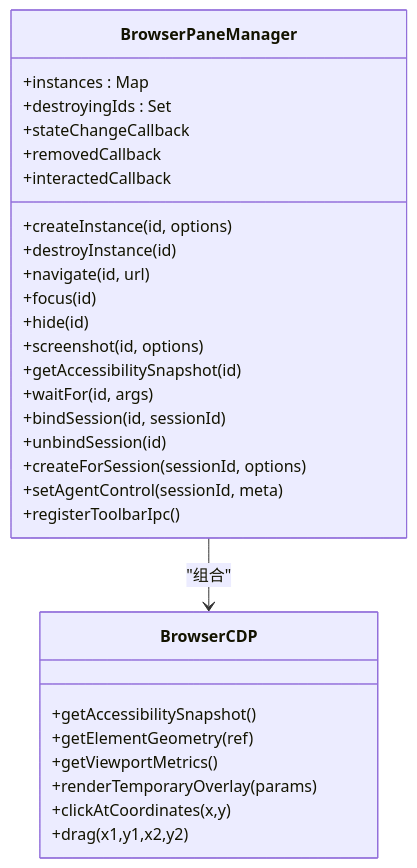
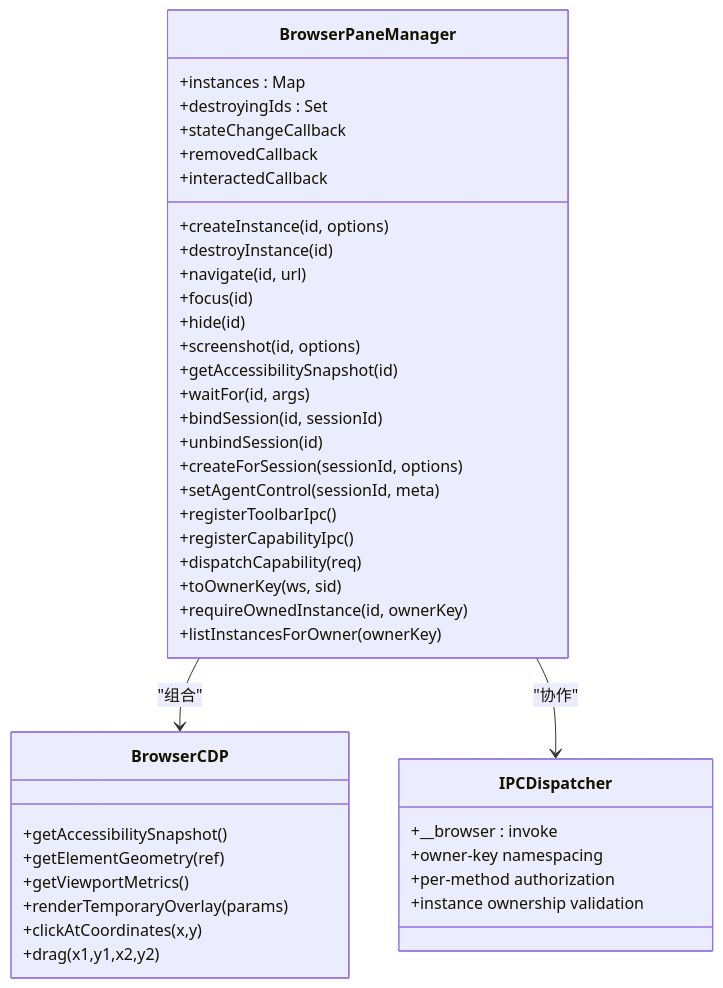
Before and after one commit to haolange/craft-agents-oss: the third of 7 diagrams in .qoder/repowiki/zh/content/桌面应用开发/Electron 主进程开发/窗口管理系统/浏览器窗格管理.md, drawn with Mermaid. The commit also changed other lines of this file and 5 other files, not shown here.

````diff
--- a/.qoder/repowiki/zh/content/桌面应用开发/Electron 主进程开发/窗口管理系统/浏览器窗格管理.md
+++ b/.qoder/repowiki/zh/content/桌面应用开发/Electron 主进程开发/窗口管理系统/浏览器窗格管理.md
@@ -182,32 +237,44 @@
 ```mermaid
 classDiagram
 class BrowserPaneManager {
 +instances : Map
 +destroyingIds : Set
 +stateChangeCallback
 +removedCallback
 +interactedCallback
 +createInstance(id, options)
 +destroyInstance(id)
 +navigate(id, url)
 +focus(id)
 +hide(id)
 +screenshot(id, options)
 +getAccessibilitySnapshot(id)
 +waitFor(id, args)
 +bindSession(id, sessionId)
 +unbindSession(id)
 +createForSession(sessionId, options)
 +setAgentControl(sessionId, meta)
 +registerToolbarIpc()
++registerCapabilityIpc()
++dispatchCapability(req)
++toOwnerKey(ws, sid)
++requireOwnedInstance(id, ownerKey)
++listInstancesForOwner(ownerKey)
 }
 class BrowserCDP {
 +getAccessibilitySnapshot()
 +getElementGeometry(ref)
 +getViewportMetrics()
 +renderTemporaryOverlay(params)
 +clickAtCoordinates(x,y)
 +drag(x1,y1,x2,y2)
 }
+class IPCDispatcher {
++__browser : invoke
++owner-key namespacing
++per-method authorization
++instance ownership validation
+}
 BrowserPaneManager --> BrowserCDP : "组合"
+BrowserPaneManager --> IPCDispatcher : "协作"
 ```
````
